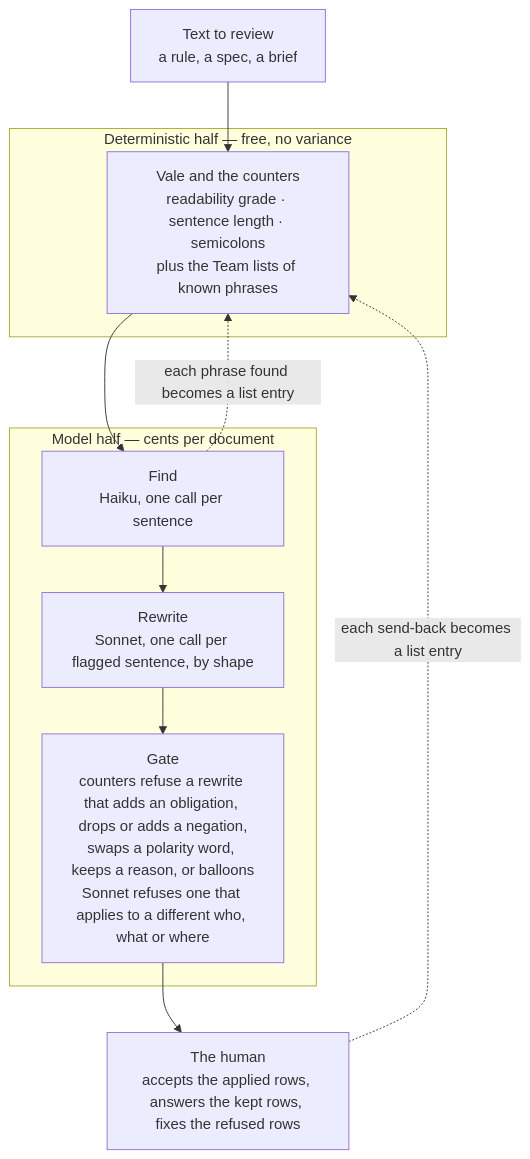
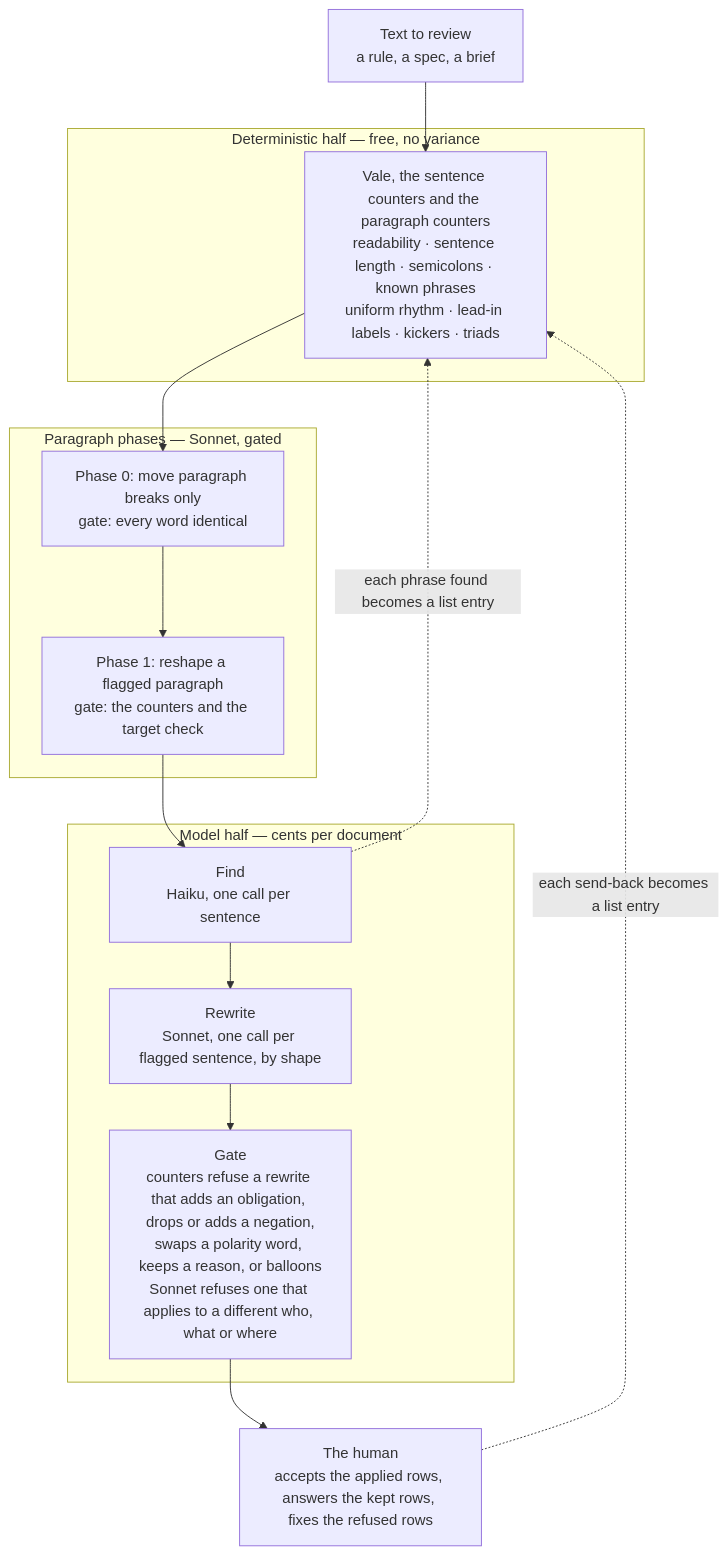
The diagram in README.md (Fermi-Ventures/claudian-translator), drawn with Mermaid before and after one commit. The commit also changed other lines of this file and 3 other files, not shown here.

Commit message:
paragraph phases: phase 0 moves breaks under a word-identical gate, phase 1 reshapes flagged paragraphs under the counters and the target check; rate-limited pool with retries; paragraphs.mjs as a module

````diff
--- a/README.md
+++ b/README.md
@@ -52,18 +52,24 @@
 ```mermaid
 flowchart TB
   T["Text to review\na rule, a spec, a brief"] --> V
   subgraph D["Deterministic half — free, no variance"]
-    V["Vale and the counters\nreadability grade · sentence length · semicolons\nplus the Team lists of known phrases"]
+    V["Vale, the sentence counters and the paragraph counters\nreadability · sentence length · semicolons · known phrases\nuniform rhythm · lead-in labels · kickers · triads"]
   end
+  subgraph S["Paragraph phases — Sonnet, gated"]
+    B["Phase 0: move paragraph breaks only\ngate: every word identical"]
+    R["Phase 1: reshape a flagged paragraph\ngate: the counters and the target check"]
+    B --> R
+  end
+  V --> B
+  R --> F
   subgraph M["Model half — cents per document"]
     F["Find\nHaiku, one call per sentence"]
     W["Rewrite\nSonnet, one call per flagged sentence, by shape"]
     C["Gate\ncounters refuse a rewrite that adds an obligation, drops or adds a negation,\nswaps a polarity word, keeps a reason, or balloons\nSonnet refuses one that applies to a different who, what or where"]
     F --> W --> C
   end
-  V --> F
   C --> H
   H["The human\naccepts the applied rows, answers the kept rows, fixes the refused rows"]
   F -. "each phrase found becomes a list entry" .-> V
   H -. "each send-back becomes a list entry" .-> V
 ```
````
